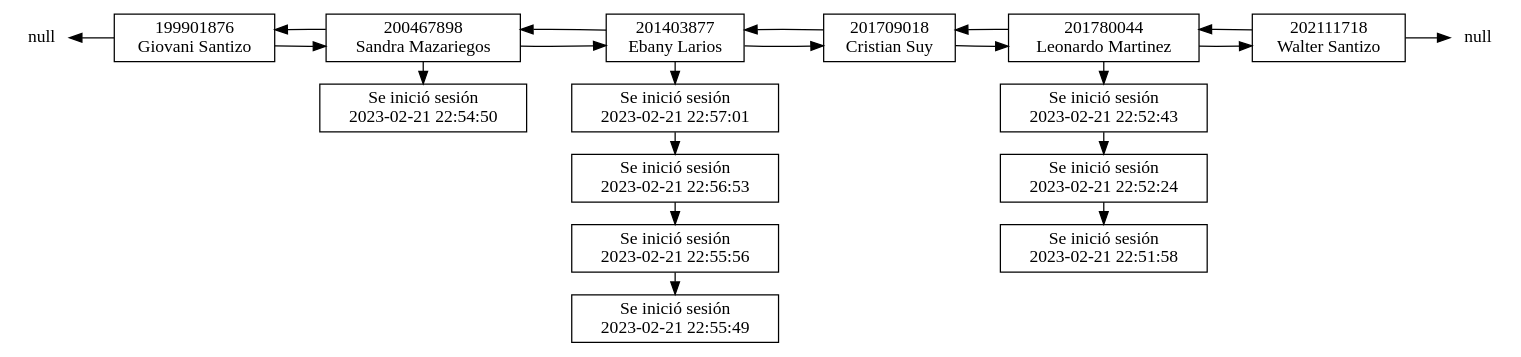
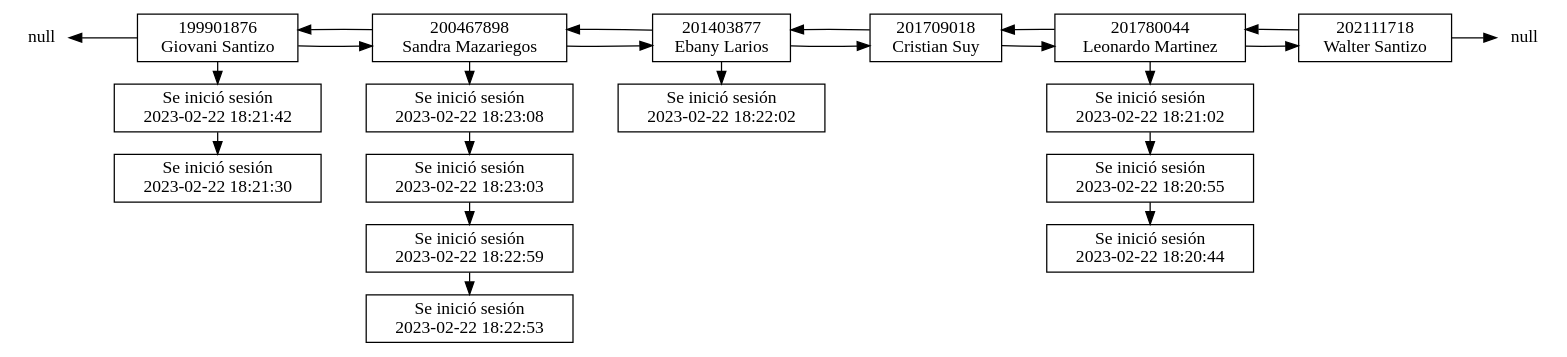
The diagram in EDD_Proyecto1_Fase1/Grafics/Lista.dot (walterjav19/EDD_1S2023_PY_202111718), drawn with Graphviz before and after one commit. The commit also changed 8 other files, not shown here.

```diff
--- a/EDD_Proyecto1_Fase1/Grafics/Lista.dot
+++ b/EDD_Proyecto1_Fase1/Grafics/Lista.dot
@@ -1,51 +1,58 @@
 digraph LinkedList {
 	rankdir=LR;
 	node [shape=box];
 	nullI [shape=none, label="null", style=bold, height=0, width=0];
 	nullF [shape=none, label="null", style=bold, height=0, width=0];
 	a199901876[label="199901876\nGiovani Santizo"]
 	a199901876->a200467898
 	nullI->a199901876[dir=back]
-			a200467898[label="200467898\nSandra Mazariegos"]
+			a199901876->n0
+	n0[label="Se inició sesión
+2023-02-22 18:21:42"]
+		n0->n1
+			n1[label="Se inició sesión
+2023-02-22 18:21:30"]
+		{rank=same;a199901876,n0,n1}
+a200467898[label="200467898\nSandra Mazariegos"]
 	a200467898->a201403877
 	a200467898->a199901876
 	a200467898->n20
 	n20[label="Se inició sesión
-2023-02-21 22:54:50"]
-		{rank=same;a200467898,n20}
+2023-02-22 18:23:08"]
+		n20->n21
+			n21[label="Se inició sesión
+2023-02-22 18:23:03"]
+		n21->n22
+			n22[label="Se inició sesión
+2023-02-22 18:22:59"]
+		n22->n23
+			n23[label="Se inició sesión
+2023-02-22 18:22:53"]
+		{rank=same;a200467898,n20,n21,n22,n23}
 a201403877[label="201403877\nEbany Larios"]
 	a201403877->a201709018
 	a201403877->a200467898
 	a201403877->n40
 	n40[label="Se inició sesión
-2023-02-21 22:57:01"]
-		n40->n41
-			n41[label="Se inició sesión
-2023-02-21 22:56:53"]
-		n41->n42
-			n42[label="Se inició sesión
-2023-02-21 22:55:56"]
-		n42->n43
-			n43[label="Se inició sesión
-2023-02-21 22:55:49"]
-		{rank=same;a201403877,n40,n41,n42,n43}
+2023-02-22 18:22:02"]
+		{rank=same;a201403877,n40}
 a201709018[label="201709018\nCristian Suy"]
 	a201709018->a201780044
 	a201709018->a201403877
 	a201780044[label="201780044\nLeonardo Martinez"]
 	a201780044->a202111718
 	a201780044->a201709018
 	a201780044->n80
 	n80[label="Se inició sesión
-2023-02-21 22:52:43"]
+2023-02-22 18:21:02"]
 		n80->n81
 			n81[label="Se inició sesión
-2023-02-21 22:52:24"]
+2023-02-22 18:20:55"]
 		n81->n82
 			n82[label="Se inició sesión
-2023-02-21 22:51:58"]
+2023-02-22 18:20:44"]
 		{rank=same;a201780044,n80,n81,n82}
 a202111718[label="202111718\nWalter Santizo"]
 	a202111718->a201780044
 	a202111718->nullF
 			}
```
